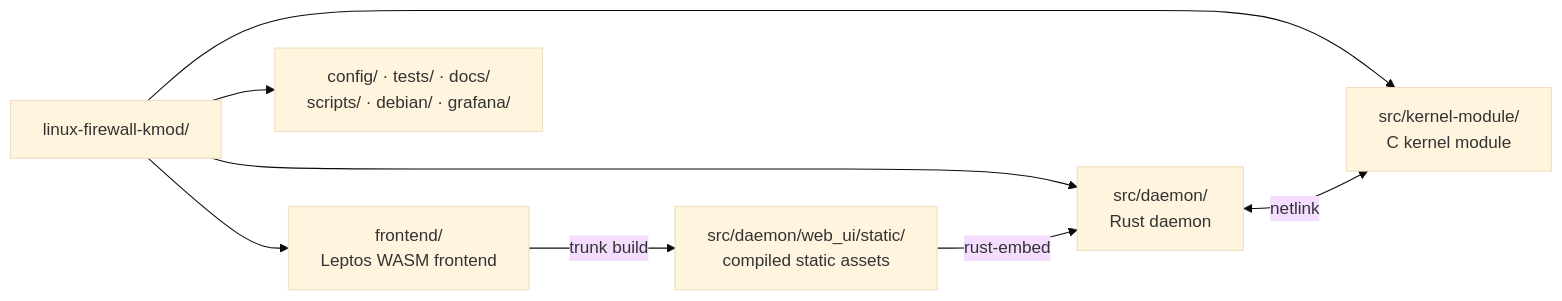
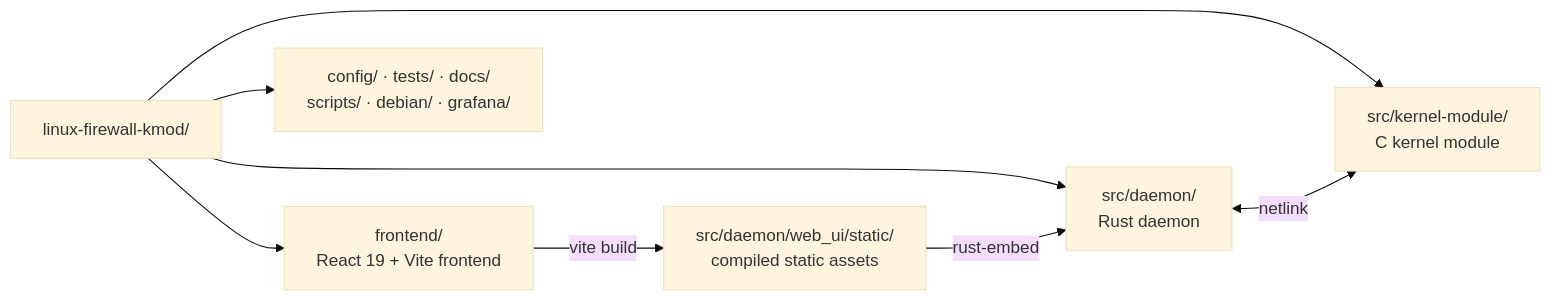
The diagram in docs/en/development/README.md (SnowCore8/linux-firewall-kmod), drawn with Mermaid (base theme) before and after one commit. The commit also changed other lines of this file and 15 other files, not shown here.

````diff
--- a/docs/en/development/README.md
+++ b/docs/en/development/README.md
@@ -31,17 +31,17 @@
 ```mermaid
 graph LR
     ROOT["linux-firewall-kmod/"]
     KERNEL["src/kernel-module/<br/>C kernel module"]
     DAEMON["src/daemon/<br/>Rust daemon"]
-    FRONTEND["frontend/<br/>Leptos WASM frontend"]
+    FRONTEND["frontend/<br/>React 19 + Vite frontend"]
     STATIC["src/daemon/web_ui/static/<br/>compiled static assets"]
     SUPPORT["config/ · tests/ · docs/<br/>scripts/ · debian/ · grafana/"]
 
     ROOT --> KERNEL
     ROOT --> DAEMON
     ROOT --> FRONTEND
     ROOT --> SUPPORT
-    FRONTEND -->|"trunk build"| STATIC
+    FRONTEND -->|"vite build"| STATIC
     STATIC -->|"rust-embed"| DAEMON
     DAEMON <-->|"netlink"| KERNEL
 ```
````
